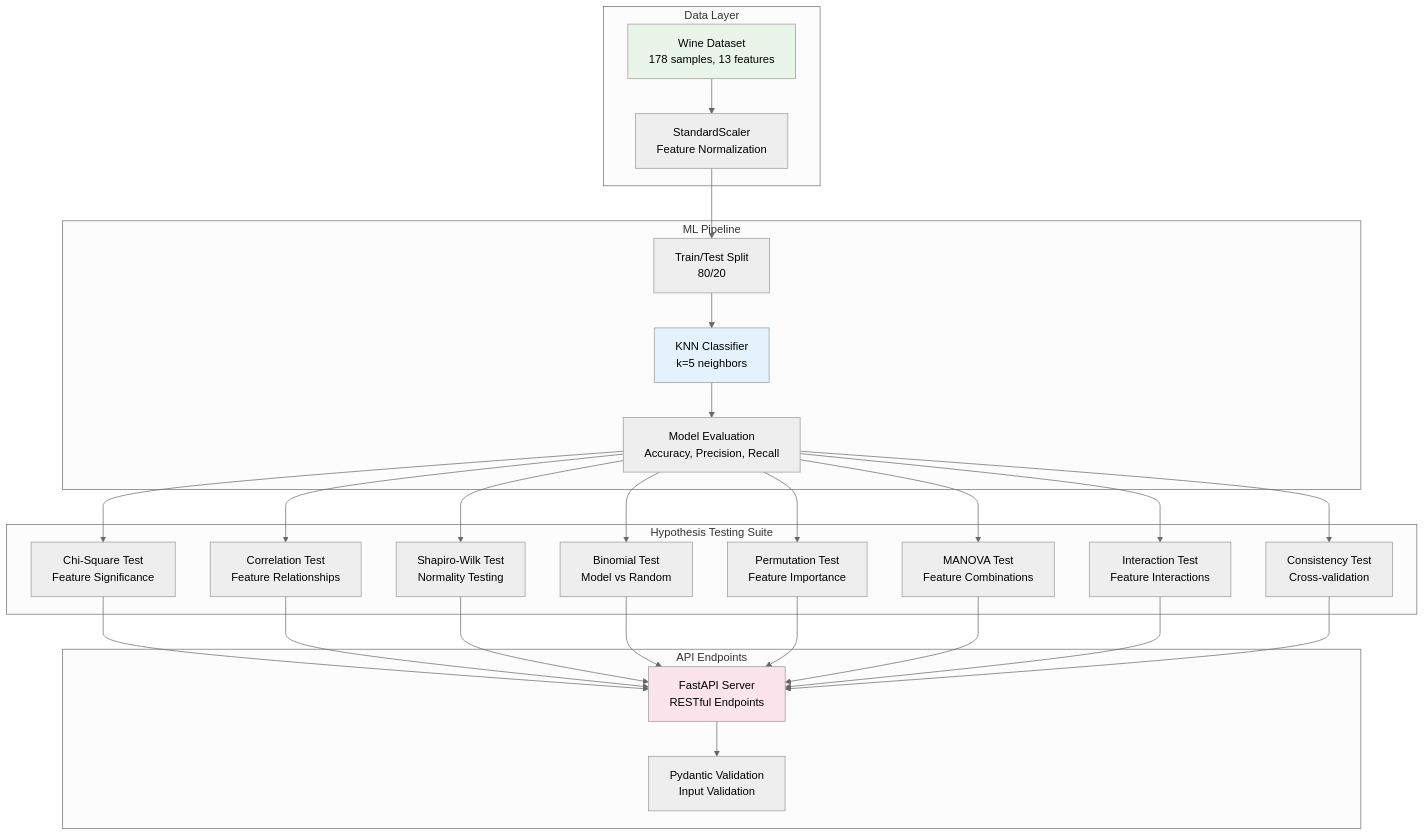
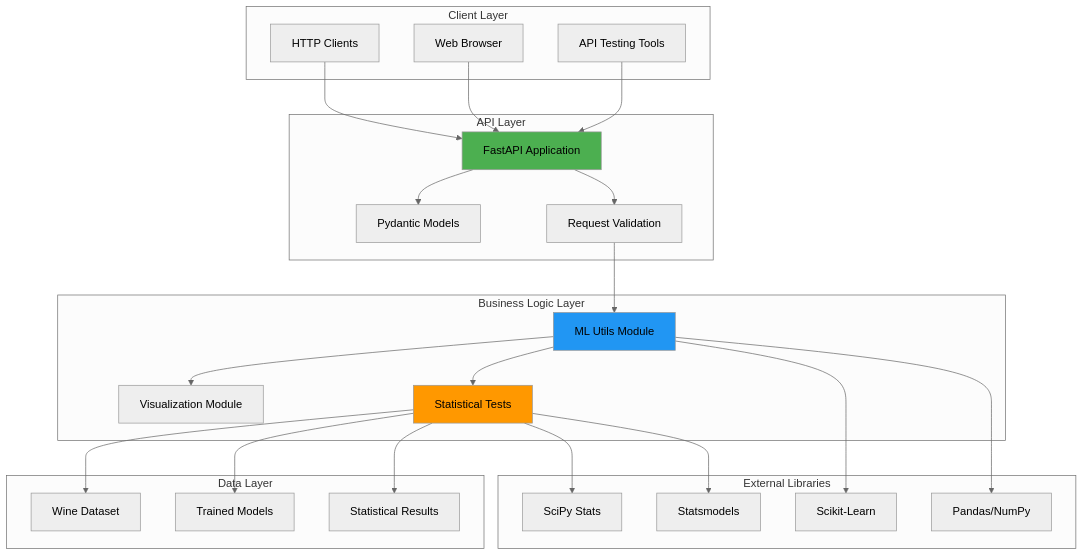
One commit to dhruvsh1997/Hypothesis-Testing-in-Machine-Learning changed the third of 3 diagrams in README.MD. Above: the diagram before and after it, drawn with Mermaid (neutral theme). The commit also changed other lines of this file, not shown here.

````diff
--- a/README.MD
+++ b/README.MD
@@ -53,58 +85,53 @@
 ```mermaid
 graph TB
-    subgraph "Data Layer"
-        WD[Wine Dataset<br/>178 samples, 13 features]
-        SC[StandardScaler<br/>Feature Normalization]
+    subgraph "Client Layer"
+        C[HTTP Clients]
+        D[Web Browser]
+        E[API Testing Tools]
     end
     
-    subgraph "ML Pipeline"
-        TS[Train/Test Split<br/>80/20]
-        KNN[KNN Classifier<br/>k=5 neighbors]
-        EVAL[Model Evaluation<br/>Accuracy, Precision, Recall]
+    subgraph "API Layer"
+        F[FastAPI Application]
+        G[Pydantic Models]
+        H[Request Validation]
     end
     
-    subgraph "Hypothesis Testing Suite"
-        CHI[Chi-Square Test<br/>Feature Significance]
-        CORR[Correlation Test<br/>Feature Relationships]
-        NORM[Shapiro-Wilk Test<br/>Normality Testing]
-        BINOM[Binomial Test<br/>Model vs Random]
-        PERM[Permutation Test<br/>Feature Importance]
-        MANOVA[MANOVA Test<br/>Feature Combinations]
-        INTER[Interaction Test<br/>Feature Interactions]
-        CONSIST[Consistency Test<br/>Cross-validation]
+    subgraph "Business Logic Layer"
+        I[ML Utils Module]
+        J[Visualization Module]
+        K[Statistical Tests]
     end
     
-    subgraph "API Endpoints"
-        FAST[FastAPI Server<br/>RESTful Endpoints]
-        VAL[Pydantic Validation<br/>Input Validation]
+    subgraph "Data Layer"
+        L[Wine Dataset]
+        M[Trained Models]
+        N[Statistical Results]
     end
     
-    WD --> SC
-    SC --> TS
-    TS --> KNN
-    KNN --> EVAL
+    subgraph "External Libraries"
+        O[Scikit-Learn]
+        P[SciPy Stats]
+        Q[Statsmodels]
+        R[Pandas/NumPy]
+    end
     
-    EVAL --> CHI
-    EVAL --> CORR
-    EVAL --> NORM
-    EVAL --> BINOM
-    EVAL --> PERM
-    EVAL --> MANOVA
-    EVAL --> INTER
-    EVAL --> CONSIST
+    C --> F
+    D --> F
+    E --> F
+    F --> G
+    F --> H
+    H --> I
+    I --> J
+    I --> K
+    K --> L
+    K --> M
+    K --> N
+    I --> O
+    K --> P
+    K --> Q
+    I --> R
     
-    CHI --> FAST
-    CORR --> FAST
-    NORM --> FAST
-    BINOM --> FAST
-    PERM --> FAST
-    MANOVA --> FAST
-    INTER --> FAST
-    CONSIST --> FAST
-    
-    FAST --> VAL
-    
-    style WD fill:#e8f5e8
-    style KNN fill:#e3f2fd
-    style FAST fill:#fce4ec
+    style F fill:#4CAF50
+    style I fill:#2196F3
+    style K fill:#FF9800
 ```
````
